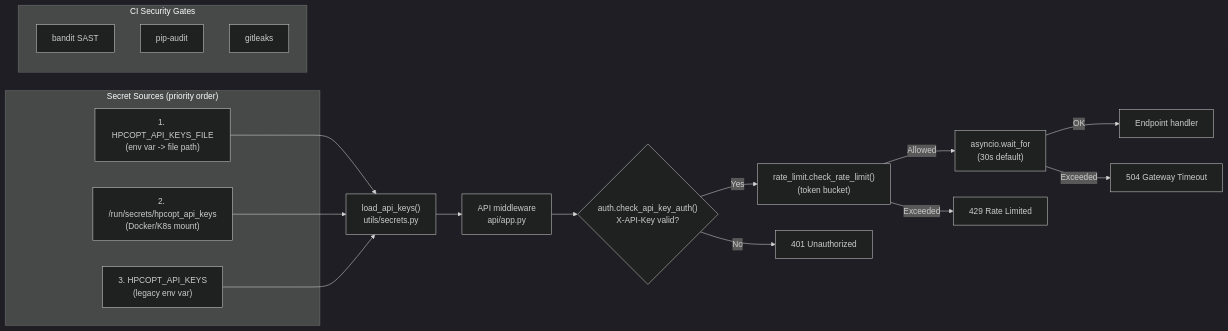
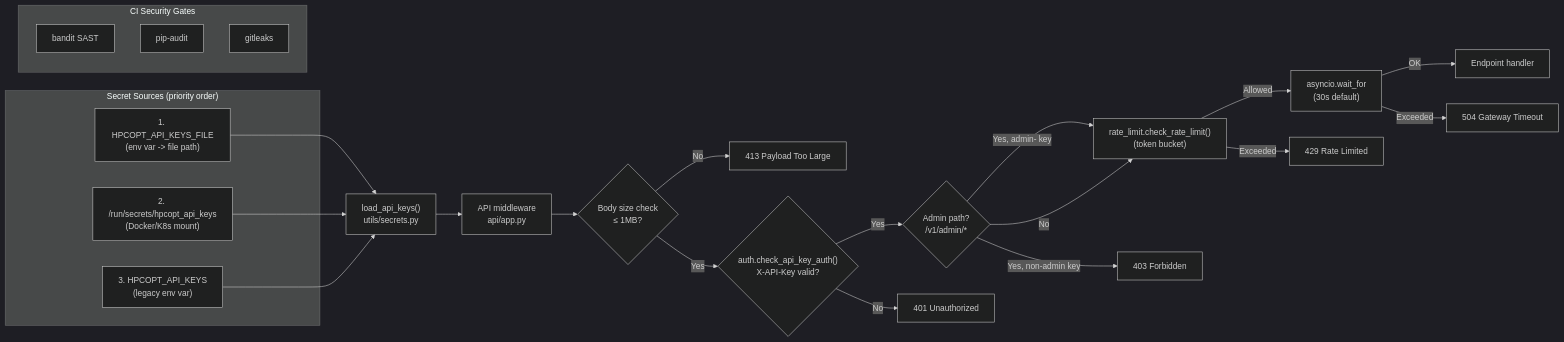
The fifth of 8 diagrams in README.md (ErenAri/HCP-workload-optimizer), drawn with Mermaid (dark theme) before and after one commit. The commit also changed other lines of this file and 63 other files, not shown here.

````diff
--- a/README.md
+++ b/README.md
@@ -239,27 +244,32 @@
 ```mermaid
 flowchart LR
   subgraph Sources["Secret Sources (priority order)"]
     F1["1. HPCOPT_API_KEYS_FILE<br/>(env var -> file path)"]
     F2["2. /run/secrets/hpcopt_api_keys<br/>(Docker/K8s mount)"]
     F3["3. HPCOPT_API_KEYS<br/>(legacy env var)"]
   end
 
   F1 --> LOAD["load_api_keys()<br/>utils/secrets.py"]
   F2 --> LOAD
   F3 --> LOAD
 
   LOAD --> MW["API middleware<br/>api/app.py"]
-  MW --> AUTH{"auth.check_api_key_auth()<br/>X-API-Key valid?"}
-  AUTH -->|"Yes"| RATE["rate_limit.check_rate_limit()<br/>(token bucket)"]
+  MW --> BODY{"Body size check<br/>≤ 1MB?"}
+  BODY -->|"No"| R413["413 Payload Too Large"]
+  BODY -->|"Yes"| AUTH{"auth.check_api_key_auth()<br/>X-API-Key valid?"}
+  AUTH -->|"Yes"| ADMIN{"Admin path?<br/>/v1/admin/*"}
   AUTH -->|"No"| R401["401 Unauthorized"]
+  ADMIN -->|"Yes, admin- key"| RATE["rate_limit.check_rate_limit()<br/>(token bucket)"]
+  ADMIN -->|"Yes, non-admin key"| R403["403 Forbidden"]
+  ADMIN -->|"No"| RATE
   RATE -->|"Allowed"| TIMEOUT["asyncio.wait_for<br/>(30s default)"]
   TIMEOUT -->|"OK"| HANDLER["Endpoint handler"]
   TIMEOUT -->|"Exceeded"| R504["504 Gateway Timeout"]
   RATE -->|"Exceeded"| R429["429 Rate Limited"]
 
   subgraph CI["CI Security Gates"]
     BANDIT["bandit SAST"]
     AUDIT2["pip-audit"]
     GITLEAKS["gitleaks"]
   end
 ```
````
